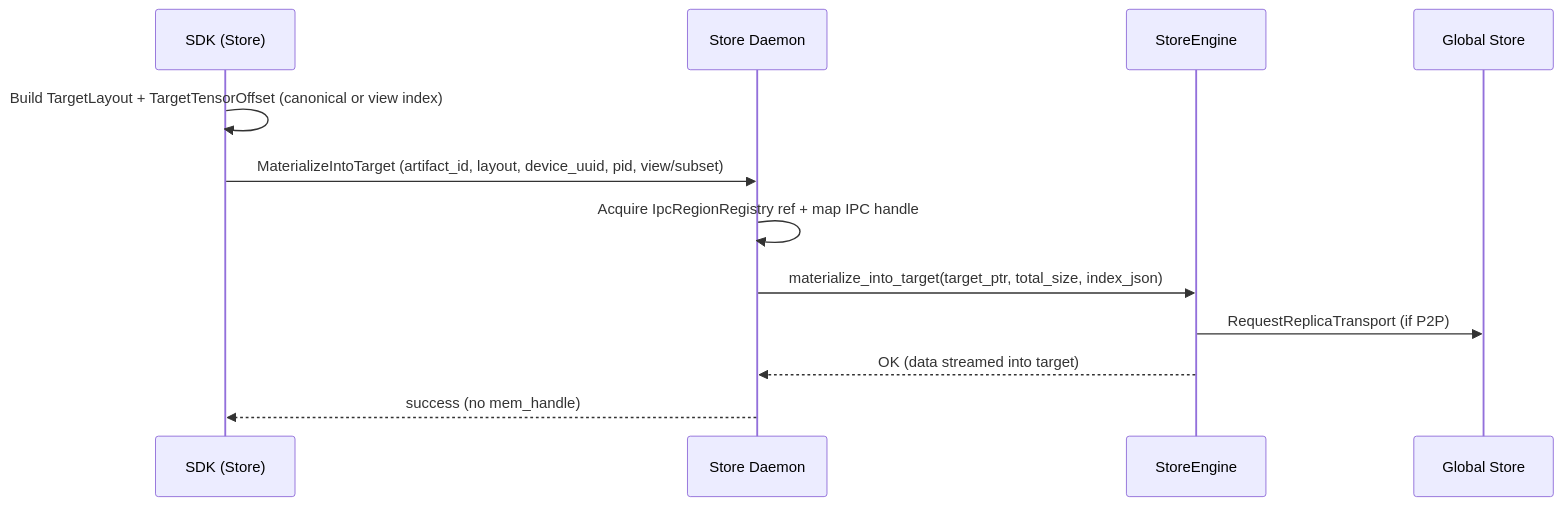
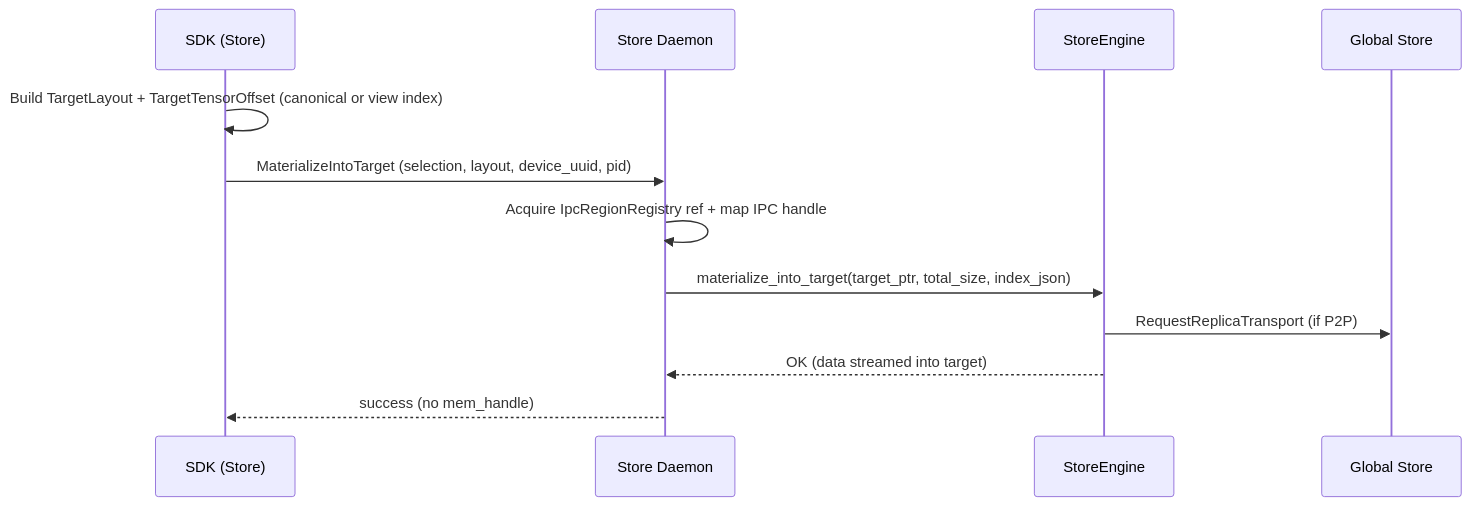
Before and after one commit to tensorcast-ai/tensorcast: the second of 2 diagrams in docs/internals/tensor_dict_into_dataflow.md, drawn with Mermaid. The commit also changed other lines of this file and 97 other files, not shown here.

First line of the commit message:
feat(sdk,daemon,core,proto): hard-cut to selection-first retrieval and materialization

````diff
--- a/docs/internals/tensor_dict_into_dataflow.md
+++ b/docs/internals/tensor_dict_into_dataflow.md
@@ -51,15 +52,15 @@
 ```mermaid
 sequenceDiagram
   participant SDK as SDK (Store)
   participant Daemon as Store Daemon
   participant Engine as StoreEngine
   participant GS as Global Store
 
   SDK->>SDK: Build TargetLayout + TargetTensorOffset (canonical or view index)
-  SDK->>Daemon: MaterializeIntoTarget (artifact_id, layout, device_uuid, pid, view/subset)
+  SDK->>Daemon: MaterializeIntoTarget (selection, layout, device_uuid, pid)
   Daemon->>Daemon: Acquire IpcRegionRegistry ref + map IPC handle
   Daemon->>Engine: materialize_into_target(target_ptr, total_size, index_json)
   Engine->>GS: RequestReplicaTransport (if P2P)
   Engine-->>Daemon: OK (data streamed into target)
   Daemon-->>SDK: success (no mem_handle)
 ```
````
